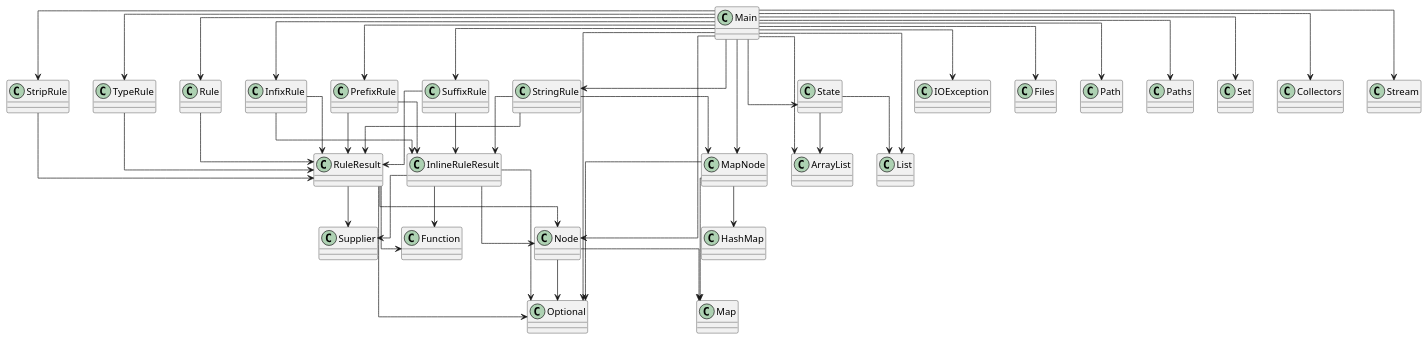
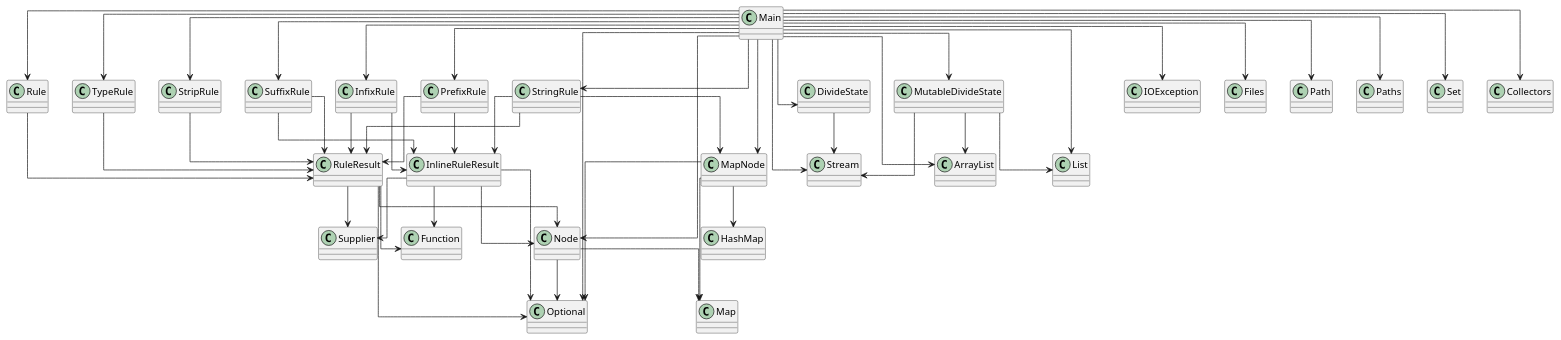
Before and after one commit to Magma-Foundation/Magma: the diagram in diagram.puml, drawn with PlantUML. The commit also changed 3 other files, not shown here.

```diff
--- a/diagram.puml
+++ b/diagram.puml
@@ -1,63 +1,67 @@
 @startuml
 skinparam linetype ortho
 class SuffixRule
 SuffixRule --> InlineRuleResult
 SuffixRule --> RuleResult
 class InfixRule
 InfixRule --> InlineRuleResult
 InfixRule --> RuleResult
 class Main
-Main --> State
+Main --> DivideState
+Main --> MutableDivideState
 Main --> MapNode
 Main --> Node
 Main --> InfixRule
 Main --> PrefixRule
 Main --> Rule
 Main --> StringRule
 Main --> StripRule
 Main --> SuffixRule
 Main --> TypeRule
 Main --> IOException
 Main --> Files
 Main --> Path
 Main --> Paths
 Main --> ArrayList
 Main --> List
 Main --> Optional
 Main --> Set
 Main --> Collectors
 Main --> Stream
 class TypeRule
 TypeRule --> RuleResult
 class Rule
 Rule --> RuleResult
 class Node
 Node --> Map
 Node --> Optional
 class MapNode
 MapNode --> HashMap
 MapNode --> Map
 MapNode --> Optional
+class MutableDivideState
+MutableDivideState --> ArrayList
+MutableDivideState --> List
+MutableDivideState --> Stream
 class PrefixRule
 PrefixRule --> InlineRuleResult
 PrefixRule --> RuleResult
 class RuleResult
 RuleResult --> Node
 RuleResult --> Optional
 RuleResult --> Function
 RuleResult --> Supplier
 class InlineRuleResult
 InlineRuleResult --> Node
 InlineRuleResult --> Optional
 InlineRuleResult --> Function
 InlineRuleResult --> Supplier
 class StringRule
 StringRule --> MapNode
 StringRule --> InlineRuleResult
 StringRule --> RuleResult
 class StripRule
 StripRule --> RuleResult
-class State
-State --> ArrayList
-State --> List
+class DivideState
+DivideState --> Stream
 @enduml
```
